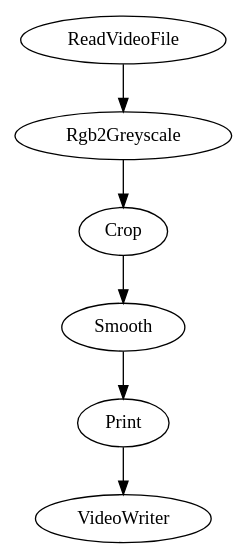
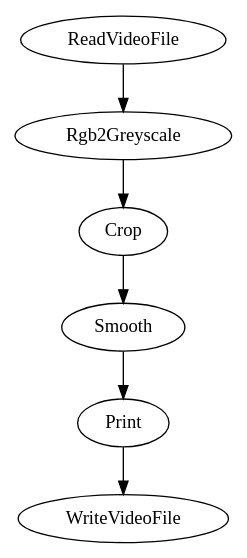
The first of 2 diagrams in docs/examples.rst (eliacarrara/videopipeline), drawn with Graphviz before and after one commit. The commit also changed other lines of this file and 8 other files, not shown here.

```diff
--- a/docs/examples.rst
+++ b/docs/examples.rst
@@ -17,9 +17,9 @@
 .. graphviz::
 
     digraph Linear {
         "ReadVideoFile" -> "Rgb2Greyscale"
         "Rgb2Greyscale" -> "Crop"
         "Crop" -> "Smooth"
         "Smooth" -> "Print"
-        "Print" -> "VideoWriter"
+        "Print" -> "WriteVideoFile"
     }
```
